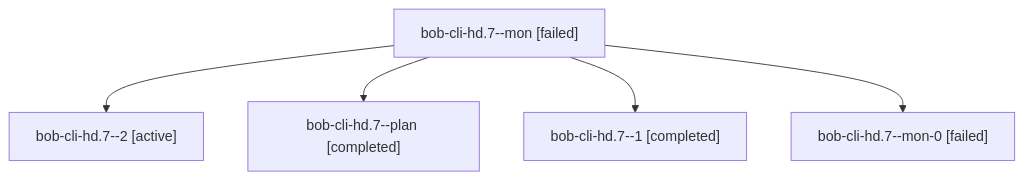
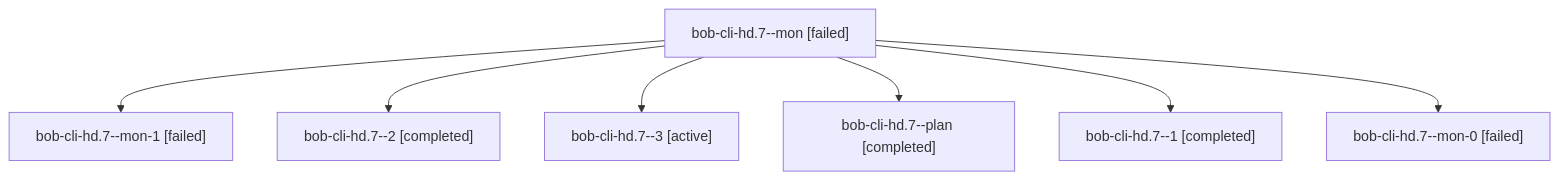
Before and after one commit to bobs-org/bob-cli--agents: the diagram in sessions/bbugyi200.athena.bob-cli-hd.7.md, drawn with Mermaid. The commit also changed other lines of this file and 52 other files, not shown here.

````diff
--- a/sessions/bbugyi200.athena.bob-cli-hd.7.md
+++ b/sessions/bbugyi200.athena.bob-cli-hd.7.md
@@ -9,12 +9,16 @@
 ```mermaid
 flowchart TD
   n0["bob-cli-hd.7--mon [failed]"]
-  n1["bob-cli-hd.7--2 [active]"]
+  n1["bob-cli-hd.7--mon-1 [failed]"]
   n0 --> n1
-  n2["bob-cli-hd.7--plan [completed]"]
+  n2["bob-cli-hd.7--2 [completed]"]
   n0 --> n2
-  n3["bob-cli-hd.7--1 [completed]"]
+  n3["bob-cli-hd.7--3 [active]"]
   n0 --> n3
-  n4["bob-cli-hd.7--mon-0 [failed]"]
+  n4["bob-cli-hd.7--plan [completed]"]
   n0 --> n4
+  n5["bob-cli-hd.7--1 [completed]"]
+  n0 --> n5
+  n6["bob-cli-hd.7--mon-0 [failed]"]
+  n0 --> n6
 ```
````
